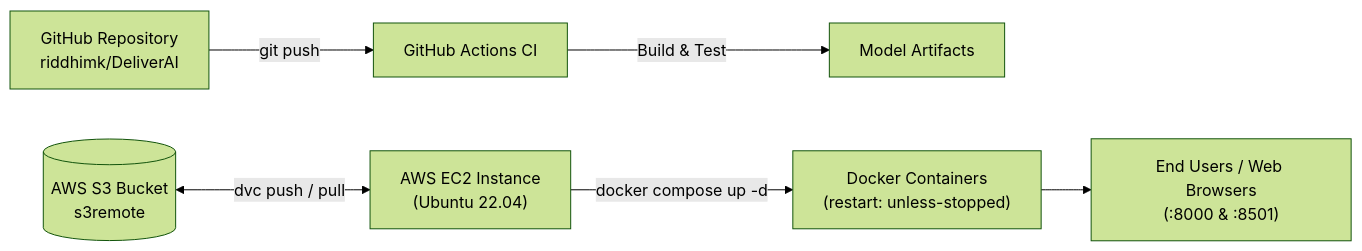
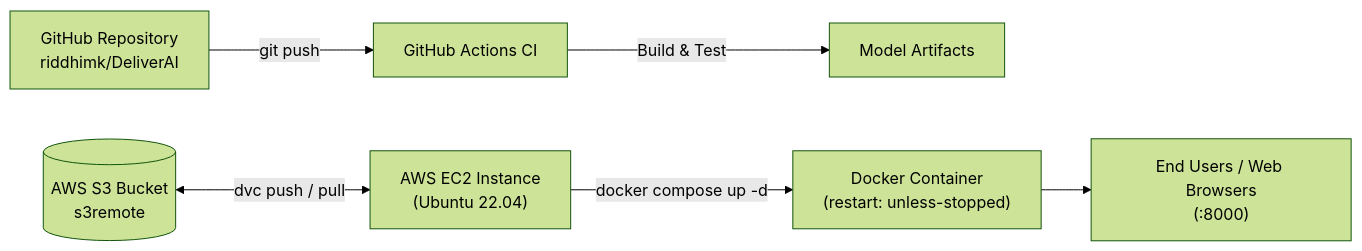
Before and after one commit to riddhimk/DeliverAI: the second of 2 diagrams in README.md, drawn with Mermaid (forest theme). The commit also changed other lines of this file and 4 other files, not shown here.

````diff
--- a/README.md
+++ b/README.md
@@ -200,8 +192,8 @@
 ```mermaid
 flowchart LR
     GitHub["GitHub Repository<br/>riddhimk/DeliverAI"] -->|git push| GHA["GitHub Actions CI"]
     GHA -->|Build & Test| Artifacts["Model Artifacts"]
     S3[("AWS S3 Bucket<br/>s3remote")] <-->|dvc push / pull| EC2["AWS EC2 Instance<br/>(Ubuntu 22.04)"]
-    EC2 -->|docker compose up -d| Docker["Docker Containers<br/>(restart: unless-stopped)"]
-    Docker --> WebClient["End Users / Web Browsers<br/>(:8000 & :8501)"]
+    EC2 -->|docker compose up -d| Docker["Docker Container<br/>(restart: unless-stopped)"]
+    Docker --> WebClient["End Users / Web Browsers<br/>(:8000)"]
 ```
````
